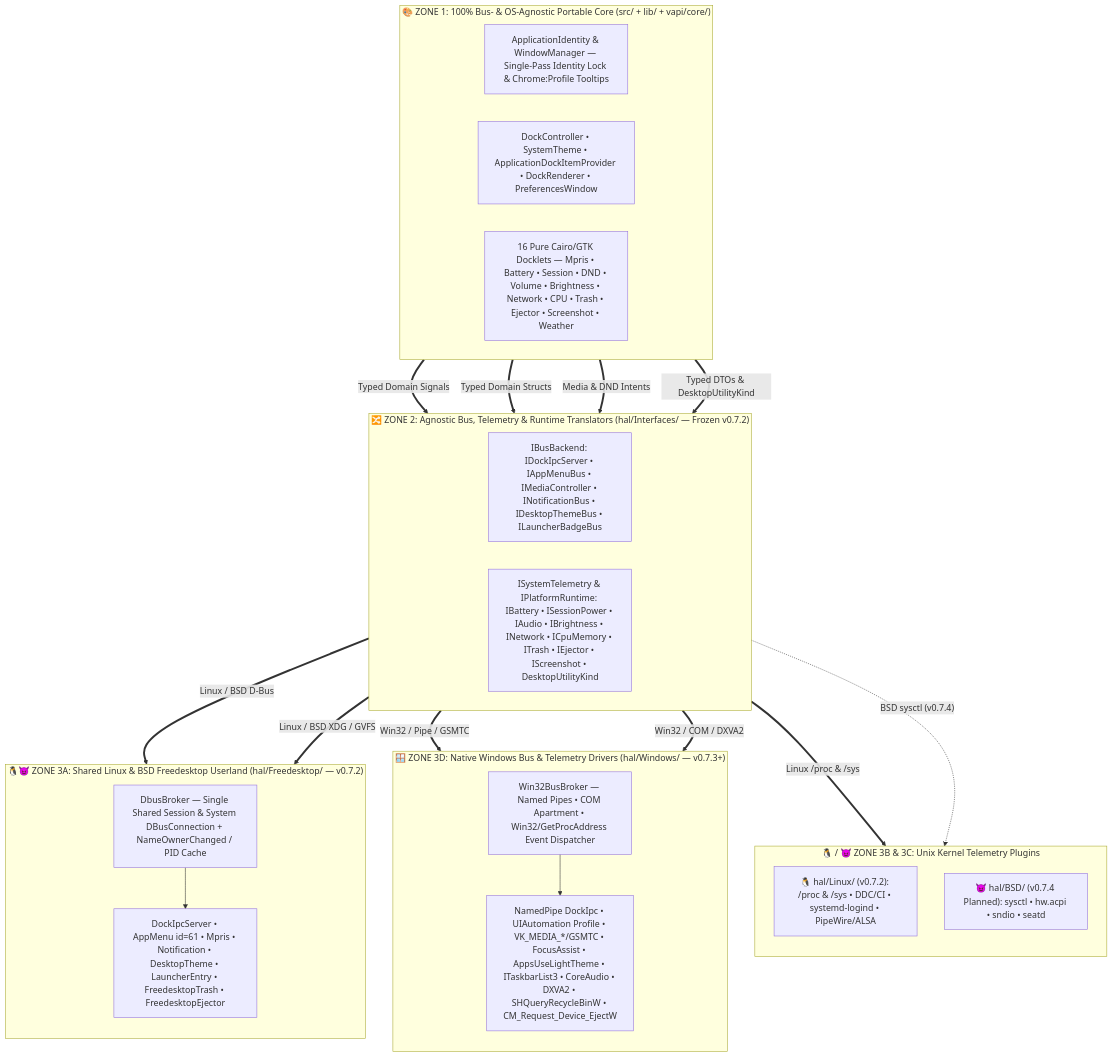
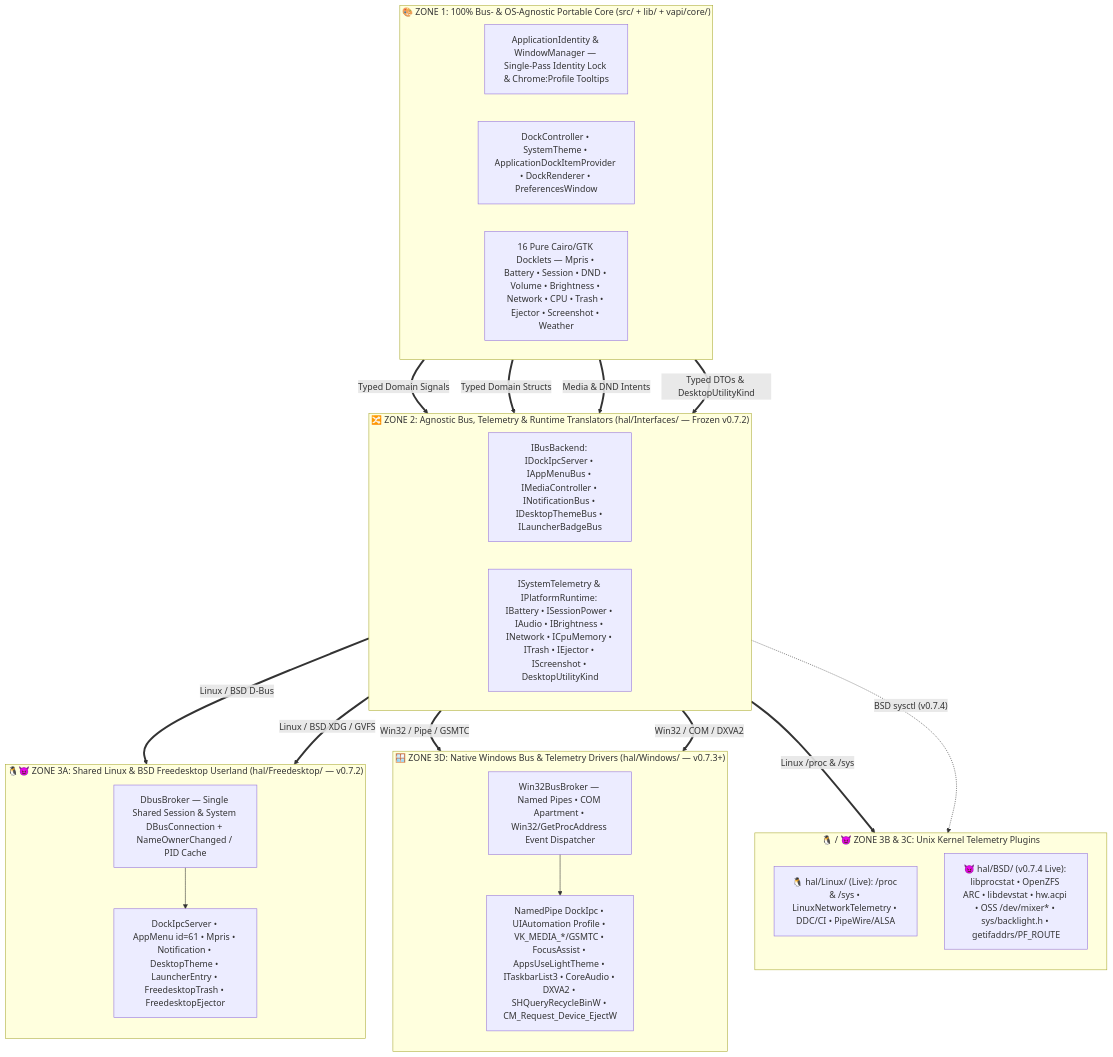
One commit to sergiomelas/WayPlank changed the first of 4 diagrams in Documentation/Architecture/HAL_BUSES.md. Above: the diagram before and after it, drawn with Mermaid. The commit also changed other lines of this file and 54 other files, not shown here.

Commit message:
v0.7.4 (Public Beta 5): Native FreeBSD Kernel Backend hal/BSD/, Symmetric Smart Accordions & Per-Dock (#31), Windows 4-Tier Brightness (#38) & 942/942 (100.0%) 7-Platform Qualified

````diff
--- a/Documentation/Architecture/HAL_BUSES.md
+++ b/Documentation/Architecture/HAL_BUSES.md
@@ -57,46 +58,46 @@
 ```mermaid
 flowchart TD
     subgraph ZONE1 ["🎨 ZONE 1: 100% Bus- & OS-Agnostic Portable Core (src/ + lib/ + vapi/core/)"]
         direction LR
         ID_CORE["ApplicationIdentity & WindowManager — Single-Pass Identity Lock & Chrome:Profile Tooltips"];
         UI_CORE["DockController • SystemTheme • ApplicationDockItemProvider • DockRenderer • PreferencesWindow"];
         DOCKLETS_UI["16 Pure Cairo/GTK Docklets — Mpris • Battery • Session • DND • Volume • Brightness • Network • CPU • Trash • Ejector • Screenshot • Weather"];
     end
 
     subgraph ZONE2 ["🔀 ZONE 2: Agnostic Bus, Telemetry & Runtime Translators (hal/Interfaces/ — Frozen v0.7.2)"]
         direction LR
         IBUS["IBusBackend: IDockIpcServer • IAppMenuBus • IMediaController • INotificationBus • IDesktopThemeBus • ILauncherBadgeBus"];
         ITELEM["ISystemTelemetry & IPlatformRuntime: IBattery • ISessionPower • IAudio • IBrightness • INetwork • ICpuMemory • ITrash • IEjector • IScreenshot • DesktopUtilityKind"];
     end
 
     subgraph ZONE3_FDO ["🐧😈 ZONE 3A: Shared Linux & BSD Freedesktop Userland (hal/Freedesktop/ — v0.7.2)"]
         direction TB
         DBROKER["DbusBroker — Single Shared Session & System DBusConnection + NameOwnerChanged / PID Cache"];
         DSERV["DockIpcServer • AppMenu id=61 • Mpris • Notification • DesktopTheme • LauncherEntry • FreedesktopTrash • FreedesktopEjector"];
         DBROKER --> DSERV;
     end
 
     subgraph ZONE3_KERN ["🐧 / 😈 ZONE 3B & 3C: Unix Kernel Telemetry Plugins"]
         direction TB
-        LIN_KERN["🐧 hal/Linux/ (v0.7.2): /proc & /sys • DDC/CI • systemd-logind • PipeWire/ALSA"];
-        BSD_KERN["😈 hal/BSD/ (v0.7.4 Planned): sysctl • hw.acpi • sndio • seatd"];
+        LIN_KERN["🐧 hal/Linux/ (Live): /proc & /sys • LinuxNetworkTelemetry • DDC/CI • PipeWire/ALSA"];
+        BSD_KERN["😈 hal/BSD/ (v0.7.4 Live): libprocstat • OpenZFS ARC • libdevstat • hw.acpi • OSS /dev/mixer* • sys/backlight.h • getifaddrs/PF_ROUTE"];
     end
 
     subgraph ZONE3_WIN ["🪟 ZONE 3D: Native Windows Bus & Telemetry Drivers (hal/Windows/ — v0.7.3+)"]
         direction TB
         WBROKER["Win32BusBroker — Named Pipes • COM Apartment • Win32/GetProcAddress Event Dispatcher"];
         WSERV["NamedPipe DockIpc • UIAutomation Profile • VK_MEDIA_*/GSMTC • FocusAssist • AppsUseLightTheme • ITaskbarList3 • CoreAudio • DXVA2 • SHQueryRecycleBinW • CM_Request_Device_EjectW"];
         WBROKER --> WSERV;
     end
 
     ID_CORE ==>|"Typed Domain Signals"| IBUS;
     UI_CORE ==>|"Typed Domain Structs"| IBUS;
     DOCKLETS_UI ==>|"Media & DND Intents"| IBUS;
     DOCKLETS_UI ==>|"Typed DTOs & DesktopUtilityKind"| ITELEM;
     IBUS ==>|"Linux / BSD D-Bus"| ZONE3_FDO;
     ITELEM ==>|"Linux / BSD XDG / GVFS"| ZONE3_FDO;
     ITELEM ==>|"Linux /proc & /sys"| LIN_KERN;
     ITELEM -.->|"BSD sysctl (v0.7.4)"| BSD_KERN;
     IBUS ==>|"Win32 / Pipe / GSMTC"| ZONE3_WIN;
     ITELEM ==>|"Win32 / COM / DXVA2"| ZONE3_WIN;
 ```
````
